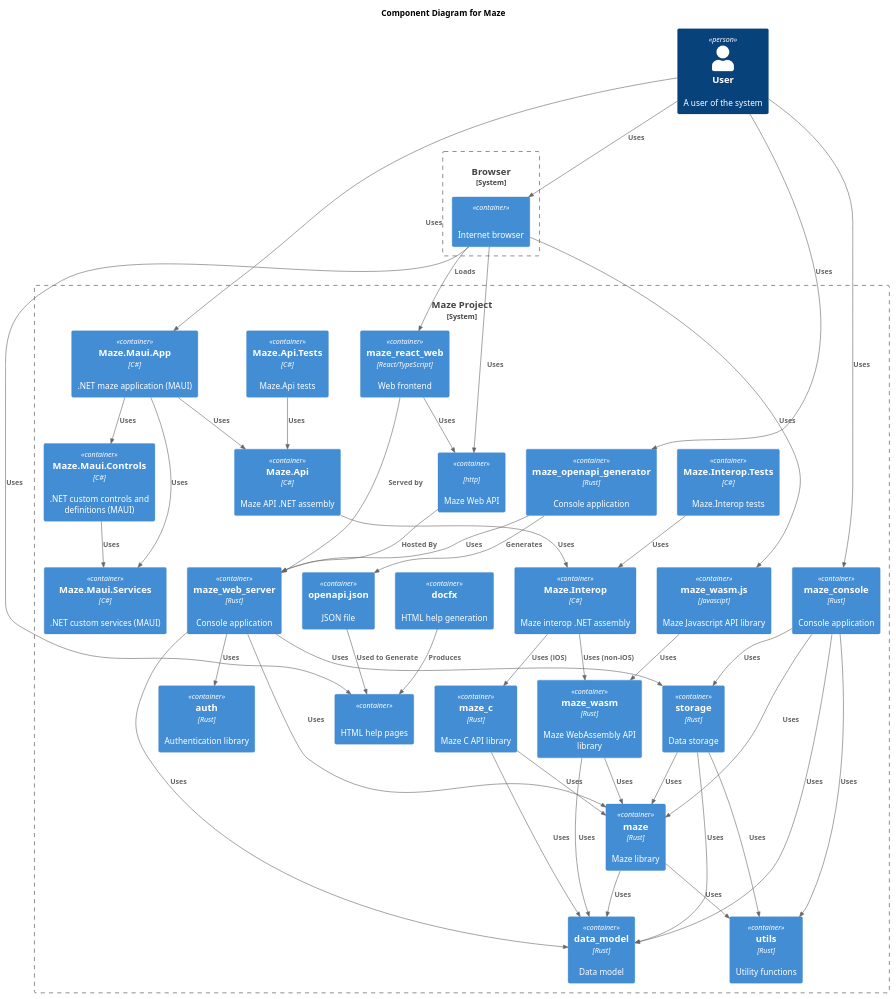
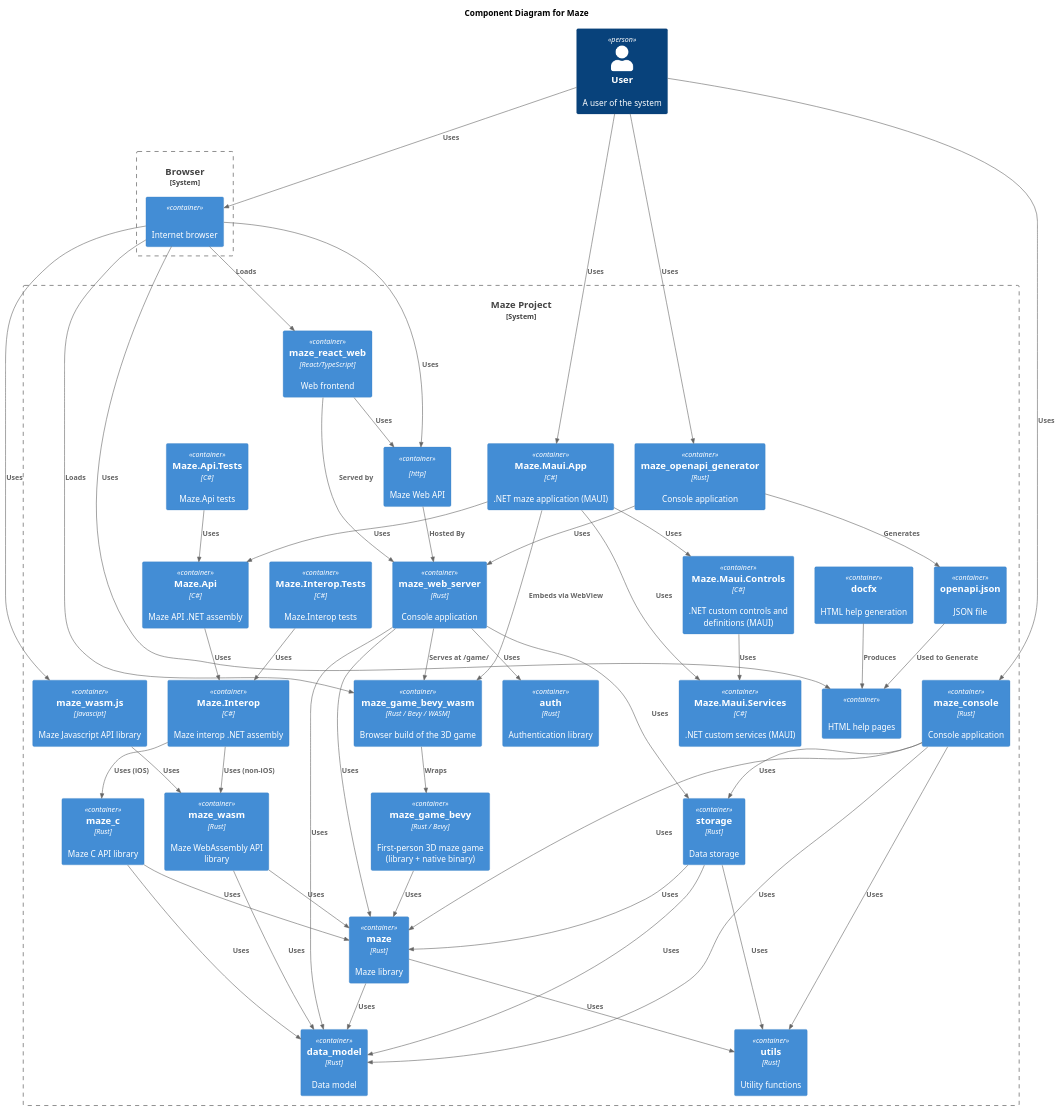
The diagram in docs/diagrams/components.puml (budgiedownunder/maze), drawn with PlantUML before and after one commit. The commit also changed 12 other files, not shown here.

Commit message:
ocs: document first-person 3D maze game across all READMEs and architecture diagrams; add 3D gameplay screenshots/GIF

```diff
--- a/docs/diagrams/components.puml
+++ b/docs/diagrams/components.puml
@@ -2,82 +2,89 @@
-@startuml
+@startuml components
 
 !include https://raw.githubusercontent.com/plantuml-stdlib/C4-PlantUML/master/C4_Container.puml
 
 title Component Diagram for Maze
 
 Person(user, "User", "A user of the system")
 
 System_Boundary(c1, "Browser") {
     Container(browser, "", "", "Internet browser")
 }
 
 System_Boundary(c2, "Maze Project") {
     Container(html_help, "", "", "HTML help pages")
     Container(auth, "auth", "Rust", "Authentication library")
     Container(data_model, "data_model", "Rust", "Data model")
     Container(docfx, "docfx", "", "HTML help generation")
     Container(maze, "maze", "Rust", "Maze library")
+    Container(maze_game_bevy, "maze_game_bevy", "Rust / Bevy", "First-person 3D maze game (library + native binary)")
+    Container(maze_game_bevy_wasm, "maze_game_bevy_wasm", "Rust / Bevy / WASM", "Browser build of the 3D game")
     Container(maze_maui_app_net, "Maze.Maui.App", "C#", ".NET maze application (MAUI)")
     Container(maze_maui_controls_net, "Maze.Maui.Controls", "C#", ".NET custom controls and definitions (MAUI)")
     Container(maze_maui_services_net, "Maze.Maui.Services", "C#", ".NET custom services (MAUI)")
     Container(maze_api_net_tests, "Maze.Api.Tests", "C#", "Maze.Api tests")
     Container(maze_api_net, "Maze.Api", "C#", "Maze API .NET assembly")
     Container(maze_interop_net_tests, "Maze.Interop.Tests", "C#", "Maze.Interop tests")
     Container(maze_interop_net, "Maze.Interop", "C#", "Maze interop .NET assembly")
     Container(maze_react_web, "maze_react_web", "React/TypeScript", "Web frontend")
     Container(maze_wasm_js, "maze_wasm.js", "Javascipt", "Maze Javascript API library")
     Container(maze_wasm, "maze_wasm", "Rust", "Maze WebAssembly API library")
     Container(maze_c, "maze_c", "Rust", "Maze C API library")
     Container(maze_console, "maze_console", "Rust", "Console application")
     Container(maze_web_api, "", "http", "Maze Web API")
     Container(maze_web_server, "maze_web_server", "Rust", "Console application")
     Container(maze_openapi_generator, "maze_openapi_generator", "Rust", "Console application")
     Container(openapi_json, "openapi.json", "", "JSON file")
     Container(storage, "storage", "Rust", "Data storage")
     Container(utils, "utils", "Rust", "Utility functions")
 }
 
 Rel(user, browser, "Uses")
 Rel(browser, html_help, "Uses")
 Rel(browser, maze_wasm_js, "Uses")
 Rel(docfx, html_help, "Produces")
 Rel(user, maze_console, "Uses")
 Rel(maze_console, data_model, "Uses")
 Rel(maze_console, maze, "Uses")
 Rel(maze_console, storage, "Uses")
 Rel(maze_console, utils, "Uses")
 Rel(browser, maze_react_web, "Loads")
 Rel(maze_react_web, maze_web_api, "Uses")
 Rel(maze_react_web, maze_web_server, "Served by")
 Rel(browser, maze_web_api, "Uses")
 Rel(maze_web_api, maze_web_server, "Hosted By")
 Rel(maze_web_server, auth, "Uses")
 Rel(maze_web_server, data_model, "Uses")
 Rel(maze_web_server, maze, "Uses")
 Rel(maze_web_server, storage, "Uses")
 Rel(user, maze_openapi_generator, "Uses")
 Rel(maze_openapi_generator, maze_web_server, "Uses")
 Rel(maze_openapi_generator, openapi_json, "Generates")
 Rel(openapi_json, html_help, "Used to Generate")
 Rel(user, maze_maui_app_net, "Uses")
 Rel(maze_maui_app_net, maze_maui_controls_net, "Uses")
 Rel(maze_maui_app_net, maze_maui_services_net, "Uses")
 Rel(maze_maui_app_net, maze_api_net, "Uses")
 Rel(maze_maui_controls_net, maze_maui_services_net, "Uses")
 Rel(maze_api_net_tests, maze_api_net, "Uses")
 Rel(maze_api_net, maze_interop_net, "Uses")
 Rel(maze_interop_net_tests, maze_interop_net, "Uses")
 Rel(maze_interop_net, maze_wasm, "Uses (non-iOS)")
 Rel(maze_interop_net, maze_c, "Uses (iOS)")
 Rel(maze_wasm_js, maze_wasm, "Uses")
 Rel(maze_wasm, data_model, "Uses")
 Rel(maze_wasm, maze, "Uses")
 Rel(maze_c, data_model, "Uses")
 Rel(maze_c, maze, "Uses")
 Rel(storage, data_model, "Uses")
 Rel(storage, maze, "Uses")
 Rel(storage, utils, "Uses")
 Rel(maze, data_model, "Uses")
 Rel(maze, utils, "Uses")
+Rel(maze_game_bevy, maze, "Uses")
+Rel(maze_game_bevy_wasm, maze_game_bevy, "Wraps")
+Rel(maze_web_server, maze_game_bevy_wasm, "Serves at /game/")
+Rel(browser, maze_game_bevy_wasm, "Loads")
+Rel(maze_maui_app_net, maze_game_bevy_wasm, "Embeds via WebView")
 
 @enduml
```
